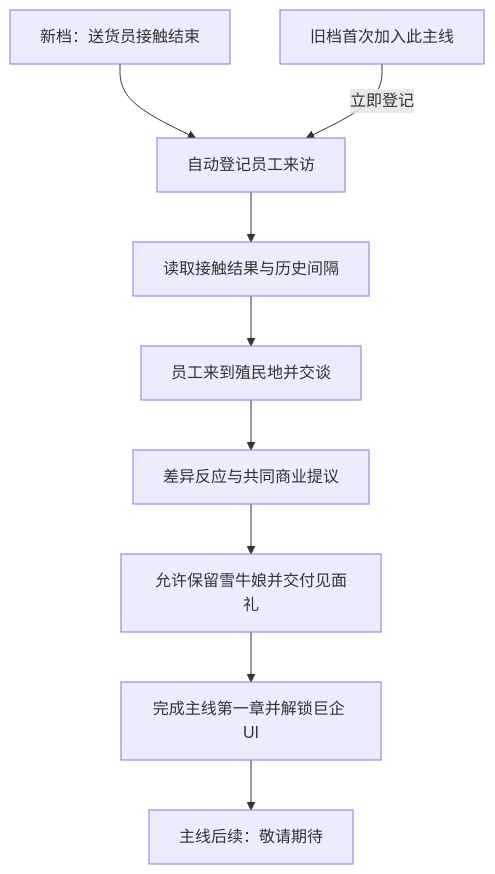
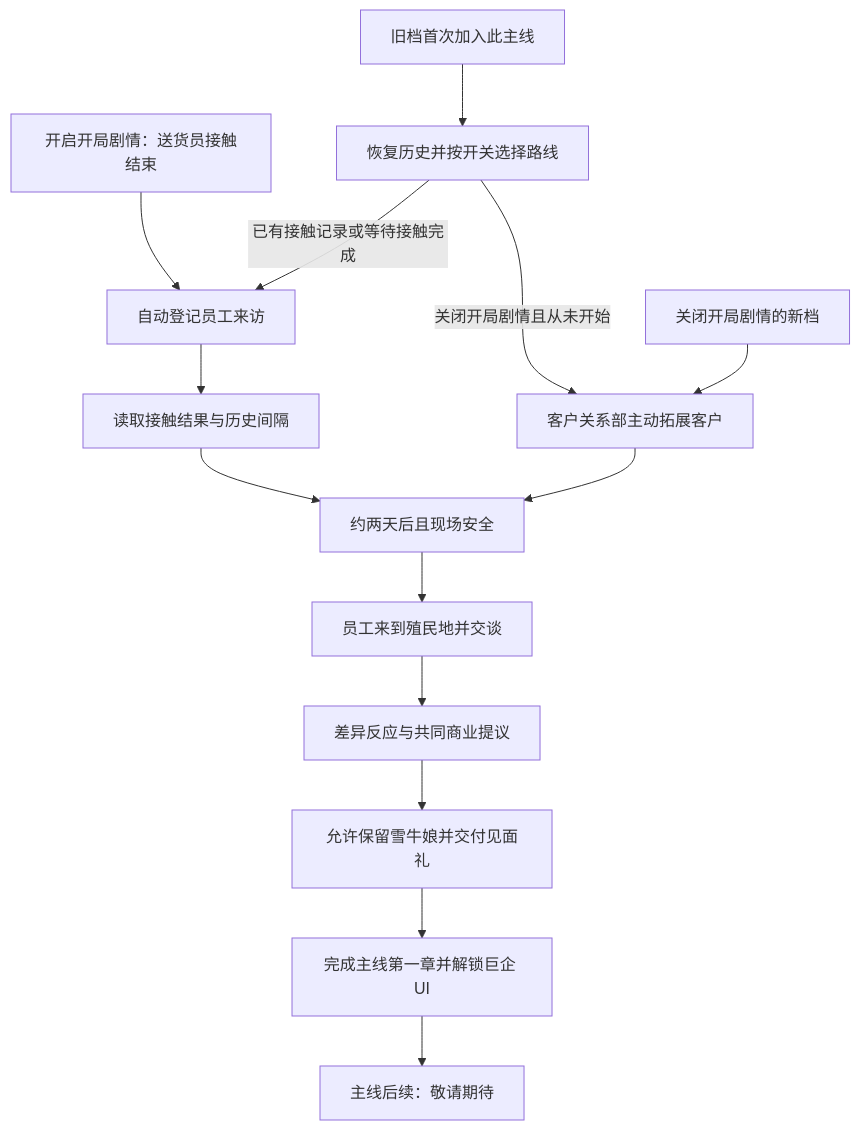
One commit to Marukundaibichi/mugirl changed the second of 3 diagrams in docs/features/giant-corporation-design.md. Above: the diagram before and after it, drawn with Mermaid. The commit also changed other lines of this file and 2635 other files, not shown here.

````diff
--- a/docs/features/giant-corporation-design.md
+++ b/docs/features/giant-corporation-design.md
@@ -520,11 +528,16 @@
 ```mermaid
 flowchart TD
-    A[新档：送货员接触结束] --> C[自动登记员工来访]
-    B[旧档首次加入此主线] -->|立即登记| C
+    A[开启开局剧情：送货员接触结束] --> C[自动登记员工来访]
+    B[旧档首次加入此主线] --> J[恢复历史并按开关选择路线]
+    J -->|已有接触记录或等待接触完成| C
+    J -->|关闭开局剧情且从未开始| K[客户关系部主动拓展客户]
+    L[关闭开局剧情的新档] --> K
     C --> D[读取接触结果与历史间隔]
-    D --> E[员工来到殖民地并交谈]
+    D --> M[约两天后且现场安全]
+    K --> M
+    M --> E[员工来到殖民地并交谈]
     E --> F[差异反应与共同商业提议]
     F --> G[允许保留雪牛娘并交付见面礼]
     G --> H[完成主线第一章并解锁巨企 UI]
     H --> I[主线后续：敬请期待]
 ```
````
